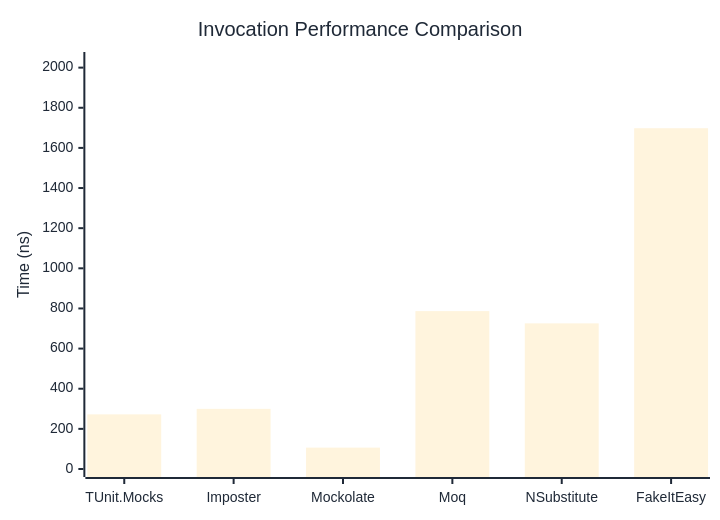
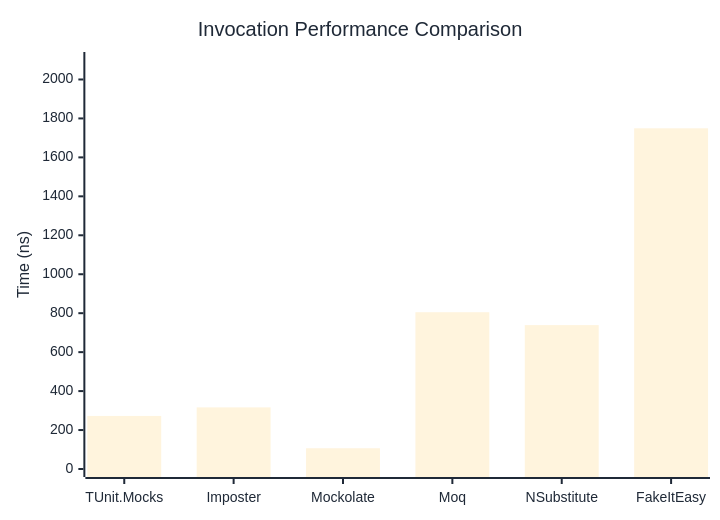
One commit to thomhurst/TUnit changed the first of 3 diagrams in docs/docs/benchmarks/mocks/Invocation.md. Above: the diagram before and after it, drawn with Mermaid. The commit also changed other lines of this file and 14 other files, not shown here.

````diff
--- a/docs/docs/benchmarks/mocks/Invocation.md
+++ b/docs/docs/benchmarks/mocks/Invocation.md
@@ -30,27 +30,27 @@
 ```mermaid
 %%{init: {
   'theme':'base',
   'themeVariables': {
     'primaryColor': '#2563eb',
     'primaryTextColor': '#1f2937',
     'primaryBorderColor': '#1e40af',
     'lineColor': '#6b7280',
     'secondaryColor': '#7c3aed',
     'tertiaryColor': '#dc2626',
     'background': '#ffffff',
     'pie1': '#2563eb',
     'pie2': '#7c3aed',
     'pie3': '#dc2626',
     'pie4': '#f59e0b',
     'pie5': '#10b981',
     'pie6': '#06b6d4',
     'pie7': '#ec4899',
     'pie8': '#6366f1'
   }
 }}%%
 xychart-beta
   title "Invocation Performance Comparison"
   x-axis ["TUnit.Mocks", "Imposter", "Mockolate", "Moq", "NSubstitute", "FakeItEasy"]
-  y-axis "Time (ns)" 0 --> 2038
-  bar [272.29, 299.77, 106.55, 786.75, 725.77, 1698.02]
+  y-axis "Time (ns)" 0 --> 2100
+  bar [272.41, 316.34, 106.63, 804.99, 738.91, 1749.23]
 ```
````
